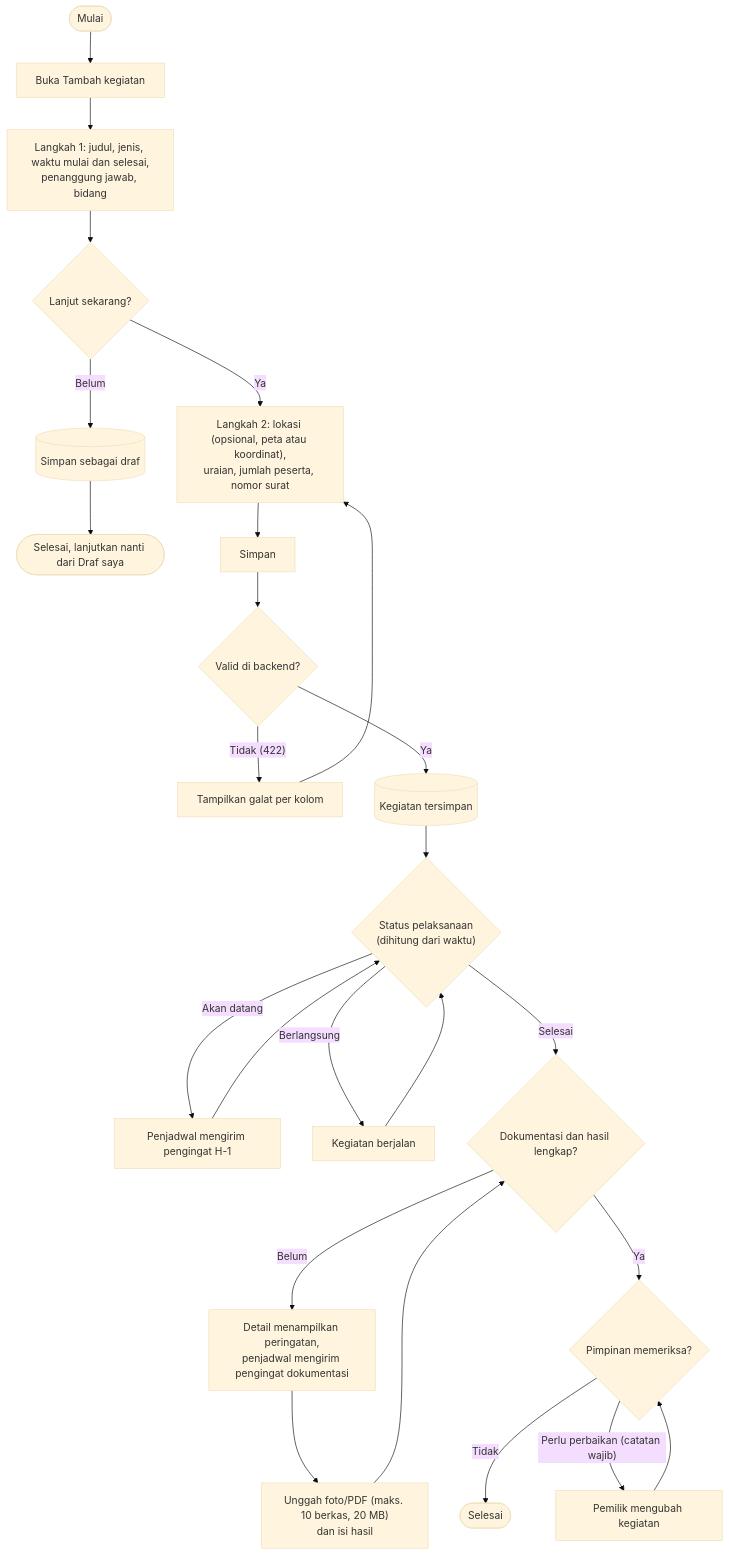
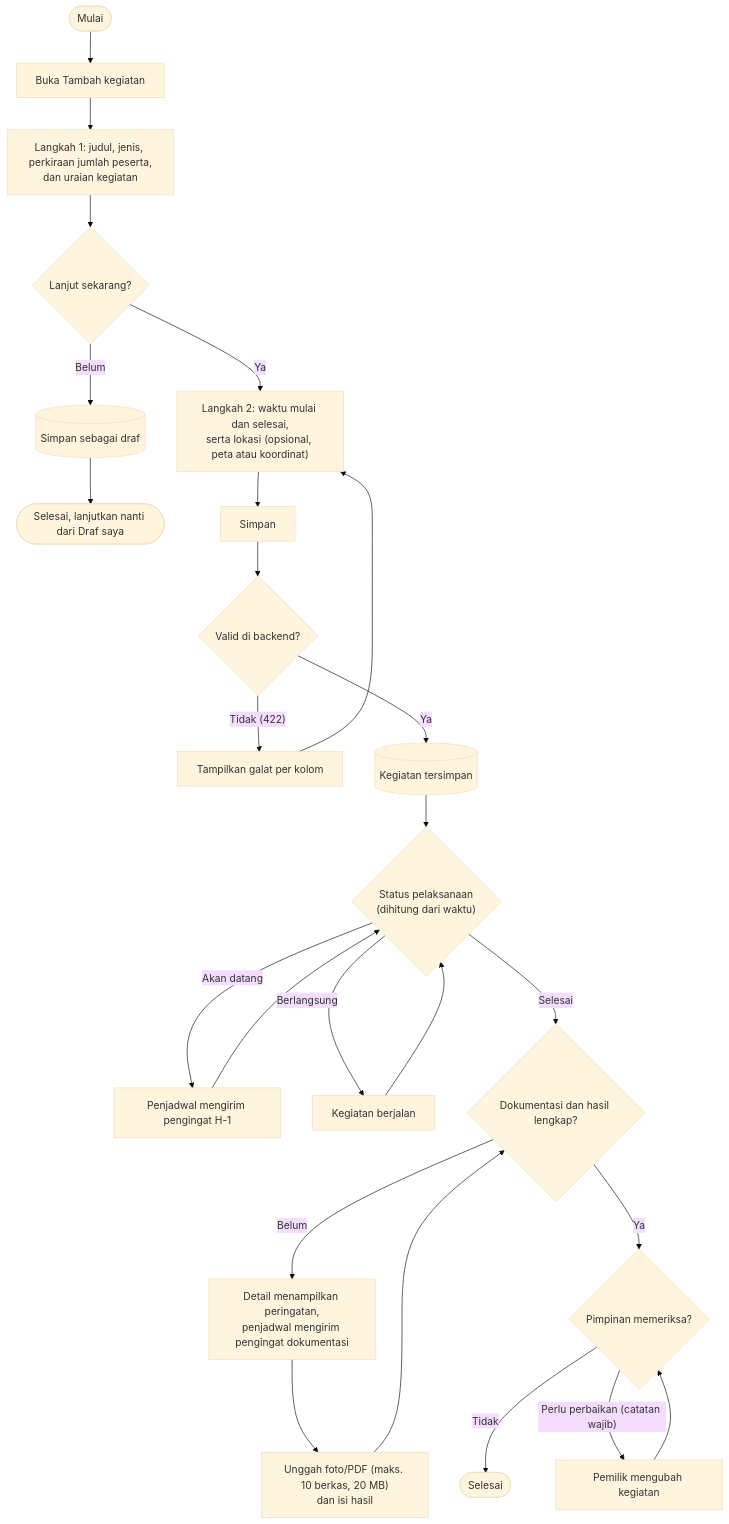
One commit to AhmadsTechDev/kegiatan-kominfo changed the first of 2 diagrams in docs/uml/02-activity.md. Above: the diagram before and after it, drawn with Mermaid (base theme). The commit also changed 1 other file, not shown here.

Commit message:
feat: add PDF report generator utility and activity UML documentation

````diff
--- a/docs/uml/02-activity.md
+++ b/docs/uml/02-activity.md
@@ -7,25 +7,25 @@
 ```mermaid
 flowchart TD
     mulai([Mulai]) --> buka[Buka Tambah kegiatan]
-    buka --> langkah1["Langkah 1: judul, jenis, waktu mulai dan selesai,<br/>penanggung jawab, bidang"]
+    buka --> langkah1["Langkah 1: judul, jenis, perkiraan jumlah peserta,<br/>dan uraian kegiatan"]
     langkah1 --> lanjut{Lanjut sekarang?}
     lanjut -- Belum --> draf[(Simpan sebagai draf)]
     draf --> akhirDraf([Selesai, lanjutkan nanti dari Draf saya])
-    lanjut -- Ya --> langkah2["Langkah 2: lokasi (opsional, peta atau koordinat),<br/>uraian, jumlah peserta, nomor surat"]
+    lanjut -- Ya --> langkah2["Langkah 2: waktu mulai dan selesai,<br/>serta lokasi (opsional, peta atau koordinat)"]
     langkah2 --> simpan[Simpan]
     simpan --> valid{Valid di backend?}
     valid -- "Tidak (422)" --> perbaiki[Tampilkan galat per kolom] --> langkah2
     valid -- Ya --> tercatat[(Kegiatan tersimpan)]
     tercatat --> status{"Status pelaksanaan<br/>(dihitung dari waktu)"}
     status -- Akan datang --> h1[Penjadwal mengirim pengingat H-1]
     h1 --> status
     status -- Berlangsung --> tunggu[Kegiatan berjalan]
     tunggu --> status
     status -- Selesai --> lengkap{Dokumentasi dan hasil lengkap?}
     lengkap -- Belum --> ingatDok[Detail menampilkan peringatan,<br/>penjadwal mengirim pengingat dokumentasi]
     ingatDok --> unggah["Unggah foto/PDF (maks. 10 berkas, 20 MB)<br/>dan isi hasil"]
     unggah --> lengkap
     lengkap -- Ya --> periksa{Pimpinan memeriksa?}
     periksa -- Tidak --> akhir([Selesai])
     periksa -- "Perlu perbaikan (catatan wajib)" --> ubah[Pemilik mengubah kegiatan] --> periksa
 ```
````
